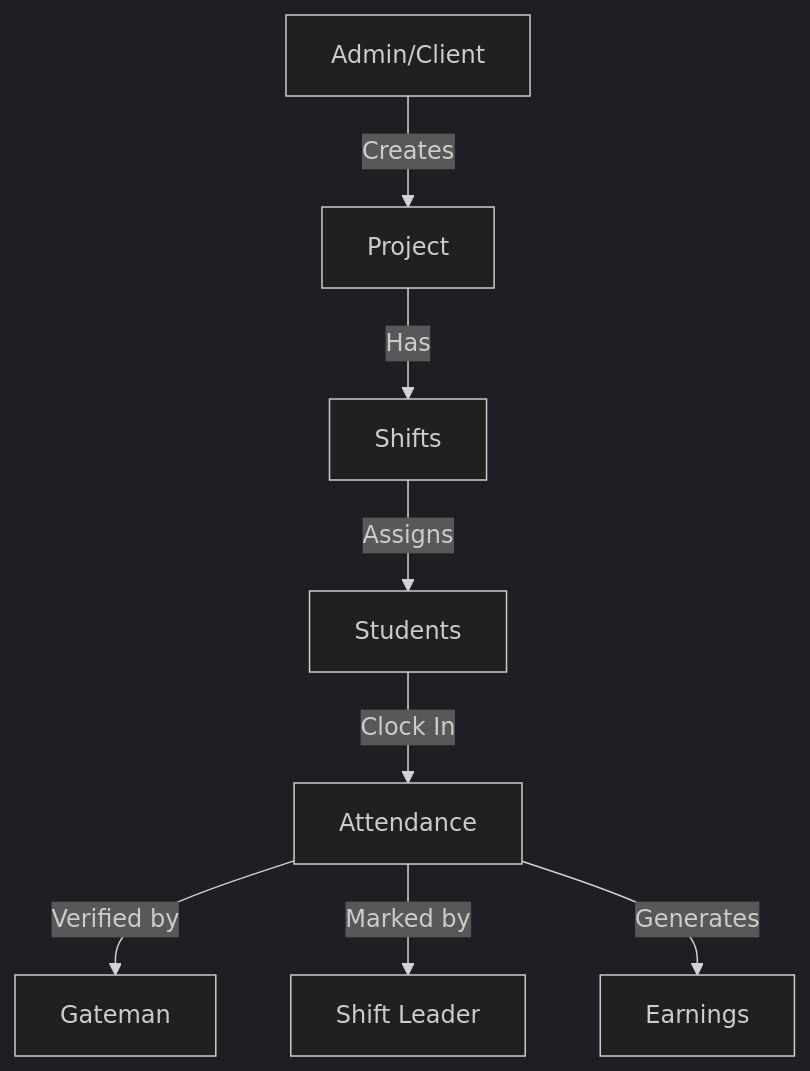
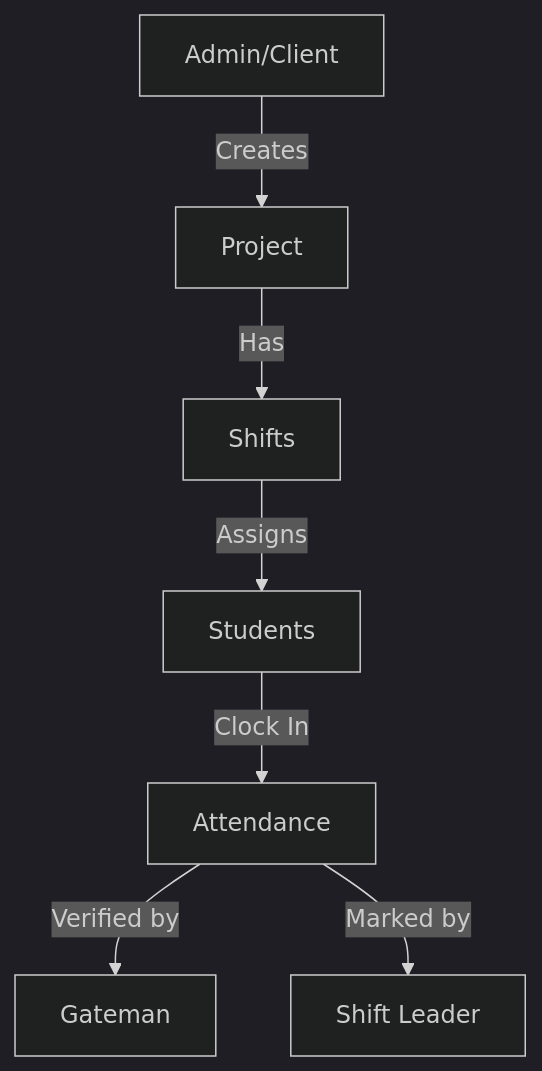
One commit to purelyricky/avashift changed the diagram in databases.md. Above: the diagram before and after it, drawn with Mermaid (dark theme). The commit also changed other lines of this file and 5 other files, not shown here.

````diff
--- a/databases.md
+++ b/databases.md
@@ -30,10 +30,9 @@
 ```mermaid
 graph TD
     A[Admin/Client] -->|Creates| B[Project]
     B -->|Has| C[Shifts]
     C -->|Assigns| D[Students]
     D -->|Clock In| E[Attendance]
     E -->|Verified by| F[Gateman]
     E -->|Marked by| G[Shift Leader]
-    E -->|Generates| H[Earnings]
 ```
````
